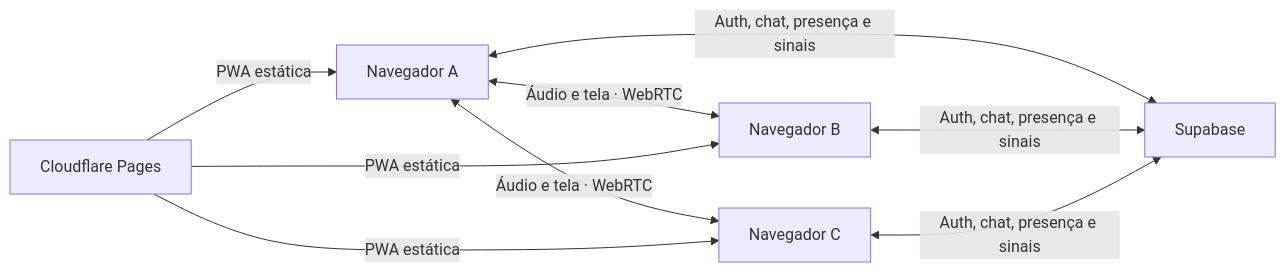
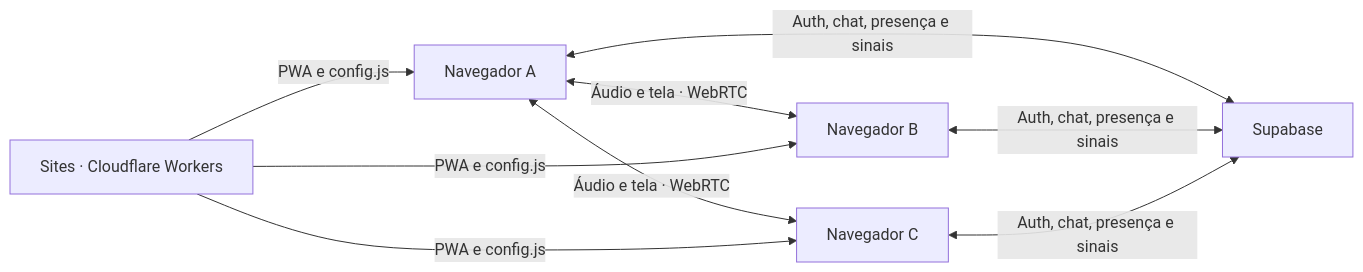
Before and after one commit to Rafael-Tunes-Mathiensen/Covil: the diagram in docs/ARCHITECTURE.md, drawn with Mermaid. The commit also changed other lines of this file and 18 other files, not shown here.

````diff
--- a/docs/ARCHITECTURE.md
+++ b/docs/ARCHITECTURE.md
@@ -5,7 +5,7 @@
 ```mermaid
 flowchart LR
     A["Navegador A"] <-->|"Áudio e tela · WebRTC"| B["Navegador B"]
     A <-->|"Áudio e tela · WebRTC"| C["Navegador C"]
     A & B & C <-->|"Auth, chat, presença e sinais"| S["Supabase"]
-    H["Cloudflare Pages"] -->|"PWA estática"| A & B & C
+    H["Sites · Cloudflare Workers"] -->|"PWA e config.js"| A & B & C
 ```
````
